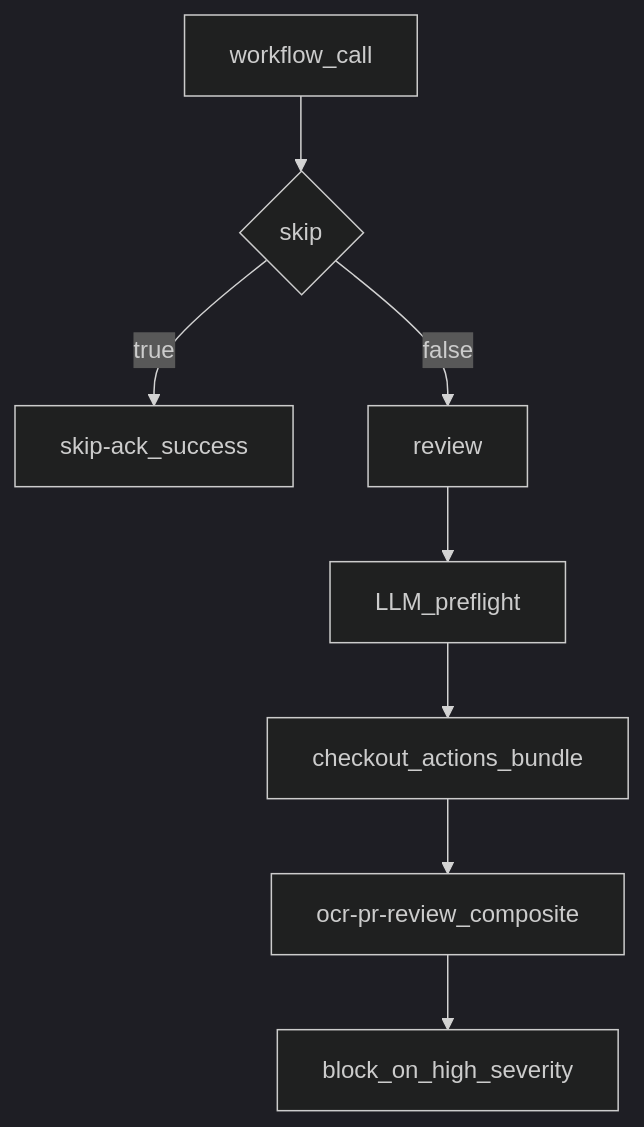
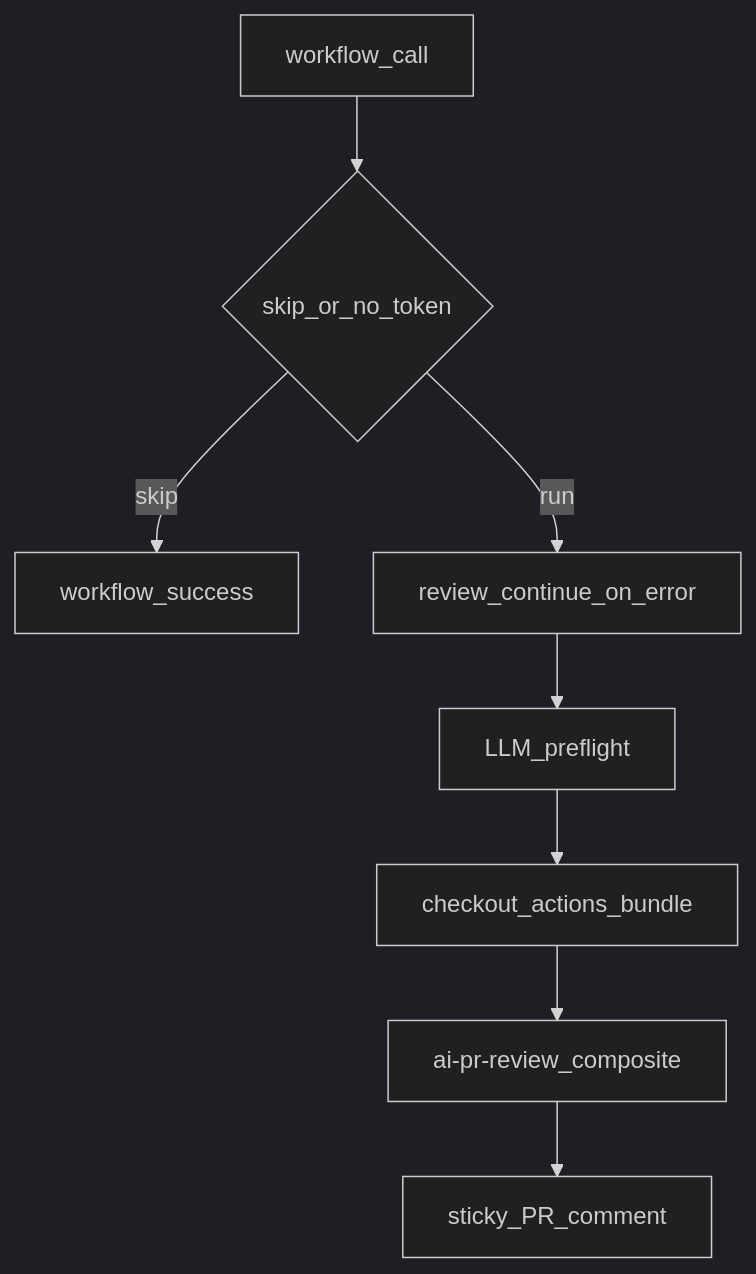
Before and after one commit to workers-world/worker-actions: the ninth of 18 diagrams in docs/actions-workflows.md, drawn with Mermaid (dark theme). The commit also changed other lines of this file and 33 other files, not shown here.

First line of the commit message:
Deprecate OCR; add self-hosted AI PR review MVP

````diff
--- a/docs/actions-workflows.md
+++ b/docs/actions-workflows.md
@@ -252,10 +249,10 @@
 ```mermaid
 flowchart TB
-  start[workflow_call] --> skipCheck{skip}
-  skipCheck -->|true| skipAck[skip-ack_success]
-  skipCheck -->|false| review[review]
+  start[workflow_call] --> skipCheck{skip_or_no_token}
+  skipCheck -->|skip| done[workflow_success]
+  skipCheck -->|run| review[review_continue_on_error]
   review --> preflight[LLM_preflight]
   preflight --> checkoutBundle[checkout_actions_bundle]
-  checkoutBundle --> ocrComposite[ocr-pr-review_composite]
-  ocrComposite --> blockCheck[block_on_high_severity]
+  checkoutBundle --> composite[ai-pr-review_composite]
+  composite --> comment[sticky_PR_comment]
 ```
````
